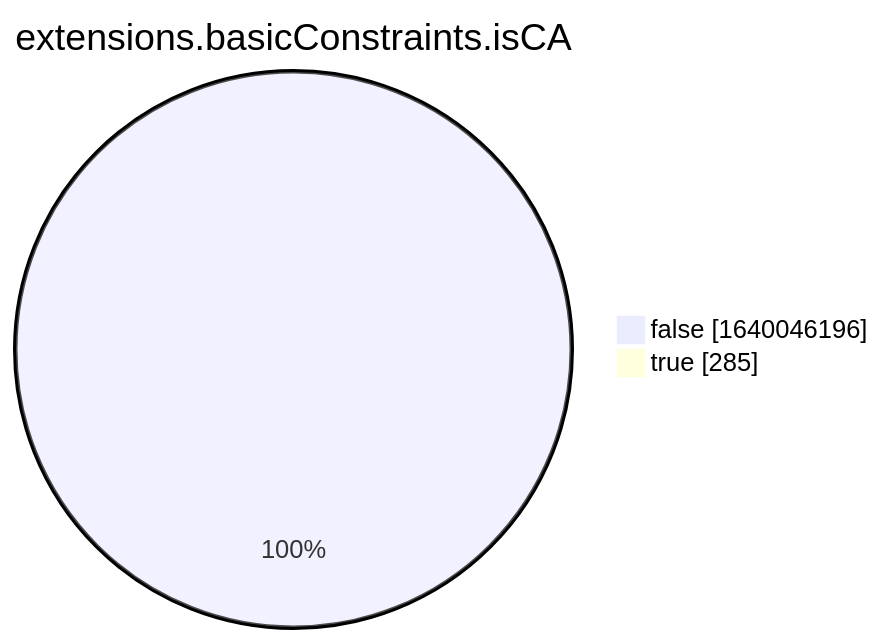
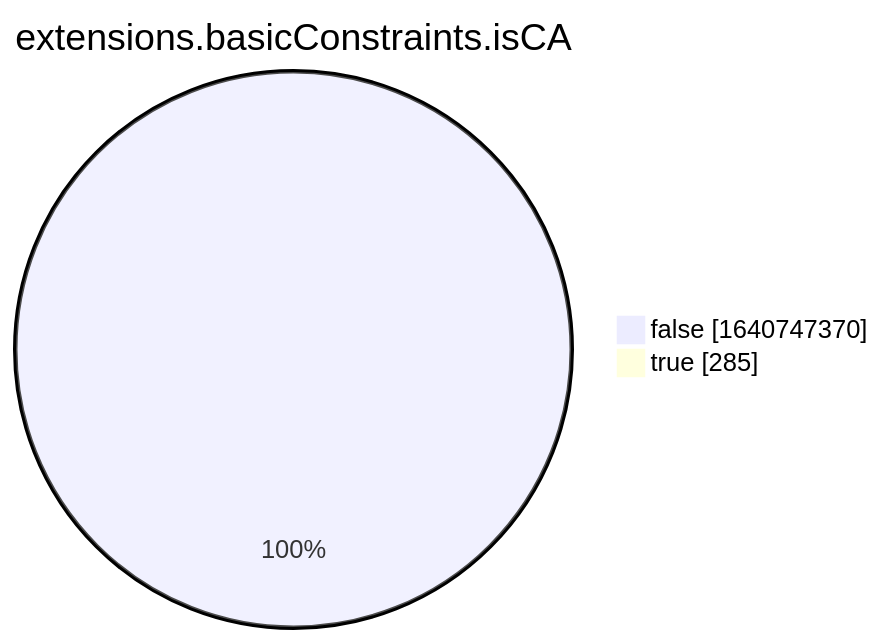
Before and after one commit to christiankrug/ctmonitor_visualization: the eighth of 15 diagrams in xenon2022/README.md, drawn with Mermaid. The commit also changed other lines of this file, not shown here.

````diff
--- a/xenon2022/README.md
+++ b/xenon2022/README.md
@@ -2863,6 +2863,6 @@
 ```mermaid
 pie showData
 title extensions.basicConstraints.isCA
-"false" :1640046196
+"false" :1640747370
 "true" :285
 ```
````
